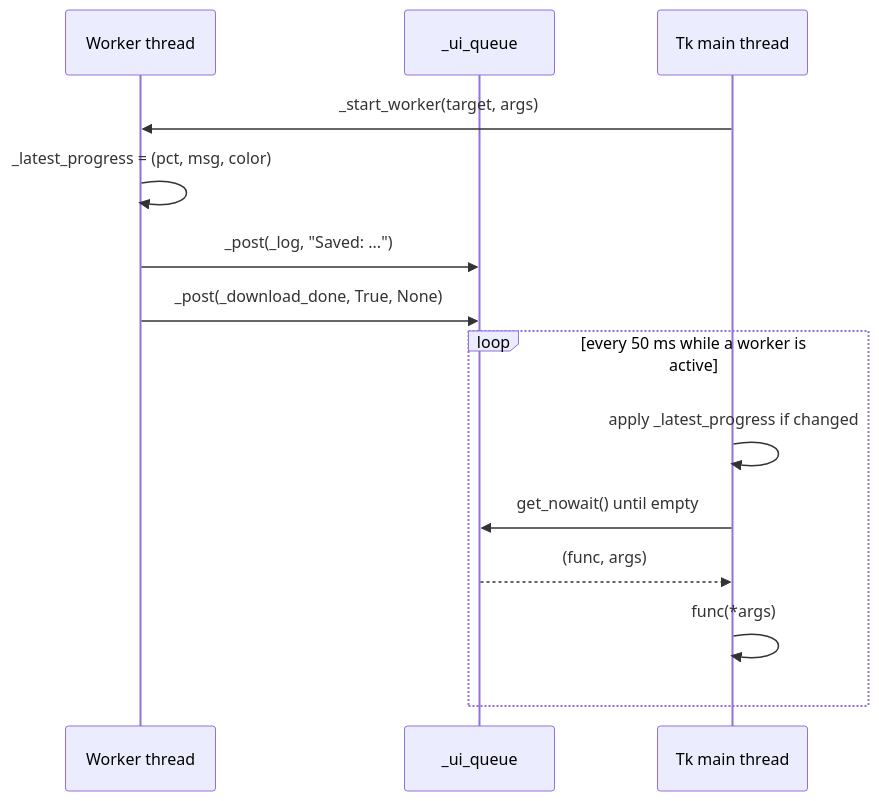
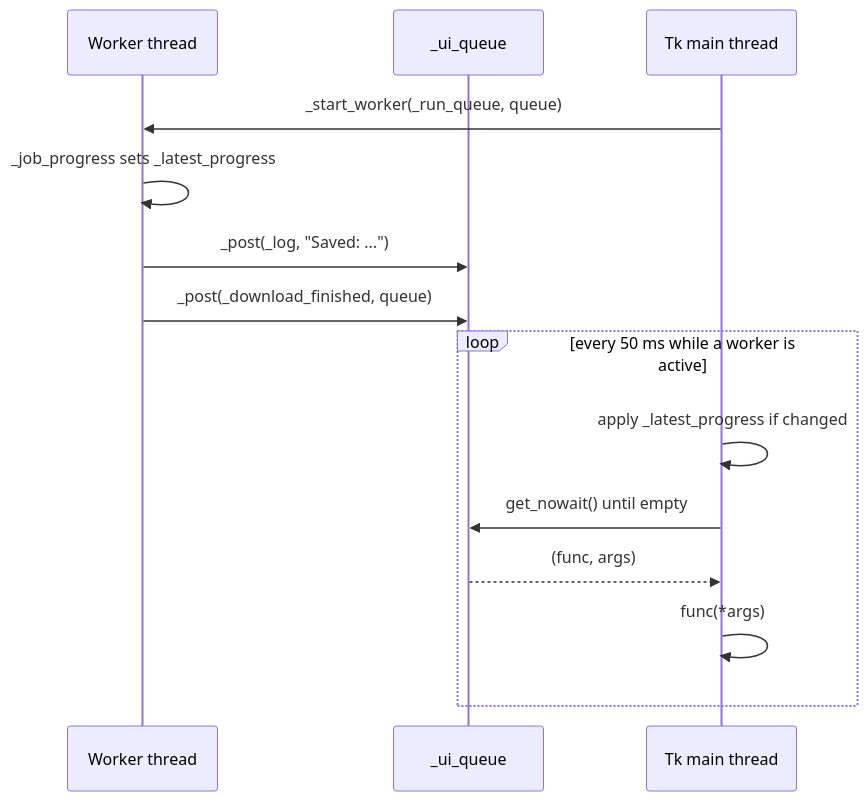
The second of 3 diagrams in docs/wiki/03-architecture.md (lifeupnorth/YouTubeDownloader), drawn with Mermaid before and after one commit. The commit also changed other lines of this file and 9 other files, not shown here.

First line of the commit message:
Refresh the wiki for the engine split and the download queue

````diff
--- a/docs/wiki/03-architecture.md
+++ b/docs/wiki/03-architecture.md
@@ -41,16 +63,16 @@
 ```mermaid
 sequenceDiagram
     participant W as Worker thread
     participant Q as _ui_queue
     participant M as Tk main thread
-    M->>W: _start_worker(target, args)
-    W->>W: _latest_progress = (pct, msg, color)
+    M->>W: _start_worker(_run_queue, queue)
+    W->>W: _job_progress sets _latest_progress
     W->>Q: _post(_log, "Saved: ...")
-    W->>Q: _post(_download_done, True, None)
+    W->>Q: _post(_download_finished, queue)
     loop every 50 ms while a worker is active
         M->>M: apply _latest_progress if changed
         M->>Q: get_nowait() until empty
         Q-->>M: (func, args)
         M->>M: func(*args)
     end
 ```
````
